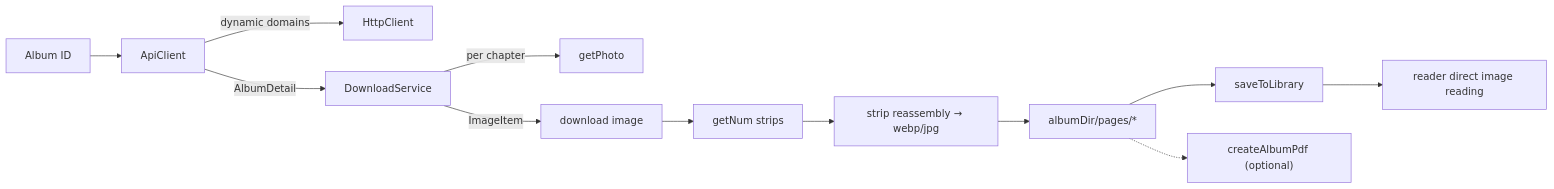
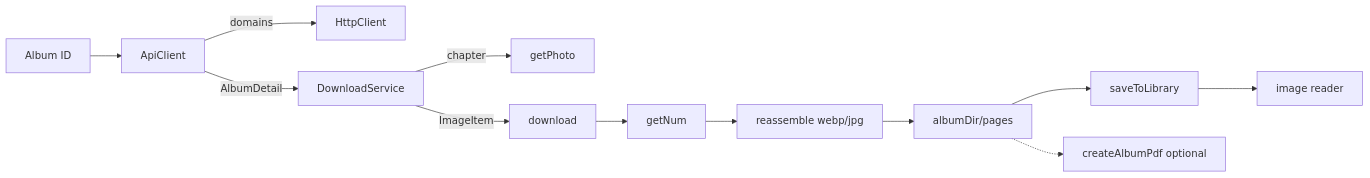
Before and after one commit to aDarkMaker/JMFM: the second of 2 diagrams in docs/en/architecture/overview.md, drawn with Mermaid. The commit also changed other lines of this file and 20 other files, not shown here.

Commit message:
docs: fix mermaid diagrams and tighten wiki copy

````diff
--- a/docs/en/architecture/overview.md
+++ b/docs/en/architecture/overview.md
@@ -76,14 +76,14 @@
 ```mermaid
 flowchart LR
-    id["Album ID"] --> api2["ApiClient"]
-    api2 -->|"dynamic domains"| http["HttpClient"]
-    api2 -->|"AlbumDetail"| svc["DownloadService"]
-    svc -->|"per chapter"| ph["getPhoto"]
-    svc -->|"ImageItem"| img["download image"]
-    img --> num["getNum strips"]
-    num --> dec["strip reassembly → webp/jpg"]
-    dec --> pages["albumDir/pages/*"]
-    pages --> lib["saveToLibrary"]
-    lib --> read["reader direct image reading"]
-    pages -.-> pdf2["createAlbumPdf (optional)"]
+    id[Album ID] --> api2[ApiClient]
+    api2 -->|domains| http[HttpClient]
+    api2 -->|AlbumDetail| svc[DownloadService]
+    svc -->|chapter| ph[getPhoto]
+    svc -->|ImageItem| img[download]
+    img --> num[getNum]
+    num --> dec[reassemble webp/jpg]
+    dec --> pages[albumDir/pages]
+    pages --> lib[saveToLibrary]
+    lib --> read[image reader]
+    pages -.-> pdf2[createAlbumPdf optional]
 ```
````
